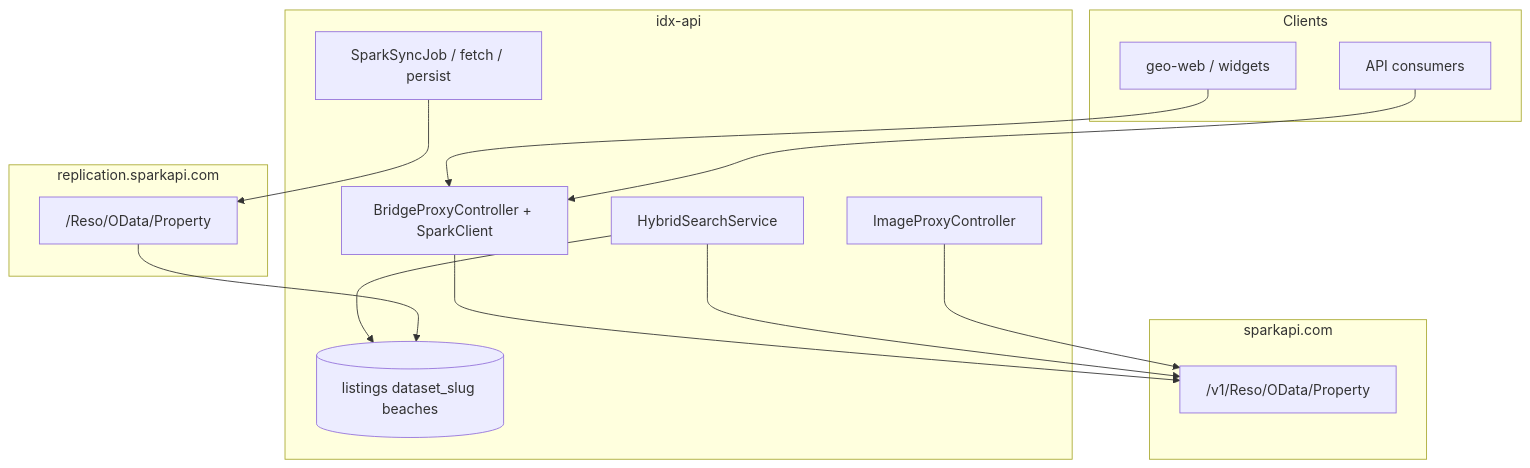
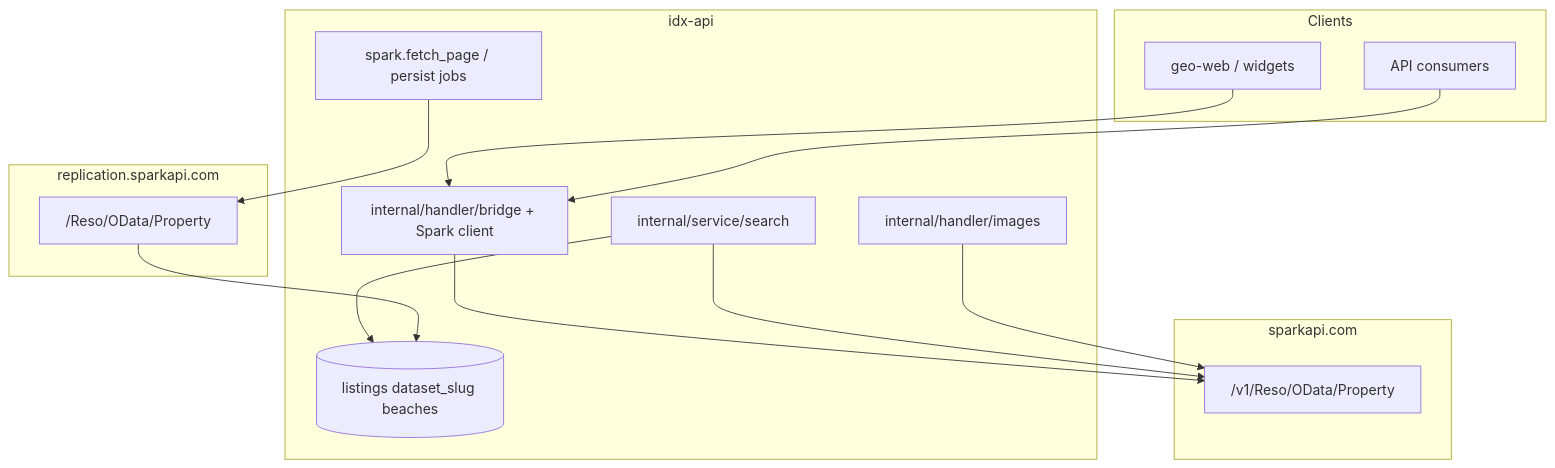
The diagram in docs/spark/idx-api-integration.md (jloescher/geo-idx-api), drawn with Mermaid before and after one commit. The commit also changed other lines of this file and 539 other files, not shown here.

````diff
--- a/docs/spark/idx-api-integration.md
+++ b/docs/spark/idx-api-integration.md
@@ -13,28 +13,28 @@
 ```mermaid
 flowchart TB
   subgraph clients [Clients]
     Widgets[geo-web / widgets]
     API[API consumers]
   end
   subgraph idx [idx-api]
-    Proxy[BridgeProxyController + SparkClient]
-    Hybrid[HybridSearchService]
-    Images[ImageProxyController]
-    Sync[SparkSyncJob / fetch / persist]
+    Proxy[internal/handler/bridge + Spark client]
+    Hybrid[internal/service/search]
+    Images[internal/handler/images]
+    Sync[spark.fetch_page / persist jobs]
     Mirror[(listings dataset_slug beaches)]
   end
   subgraph spark_live [sparkapi.com]
     LiveReso["/v1/Reso/OData/Property"]
   end
   subgraph spark_rep [replication.sparkapi.com]
     RepReso["/Reso/OData/Property"]
   end
   Widgets --> Proxy
   API --> Proxy
   Proxy --> LiveReso
   Hybrid --> Mirror
   Hybrid --> LiveReso
   Images --> LiveReso
   Sync --> RepReso
   RepReso --> Mirror
 ```
````
